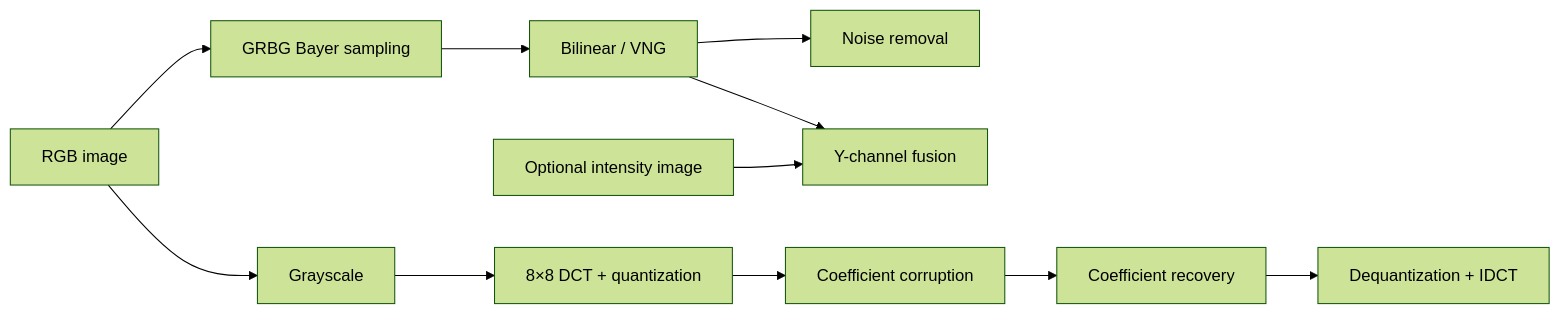
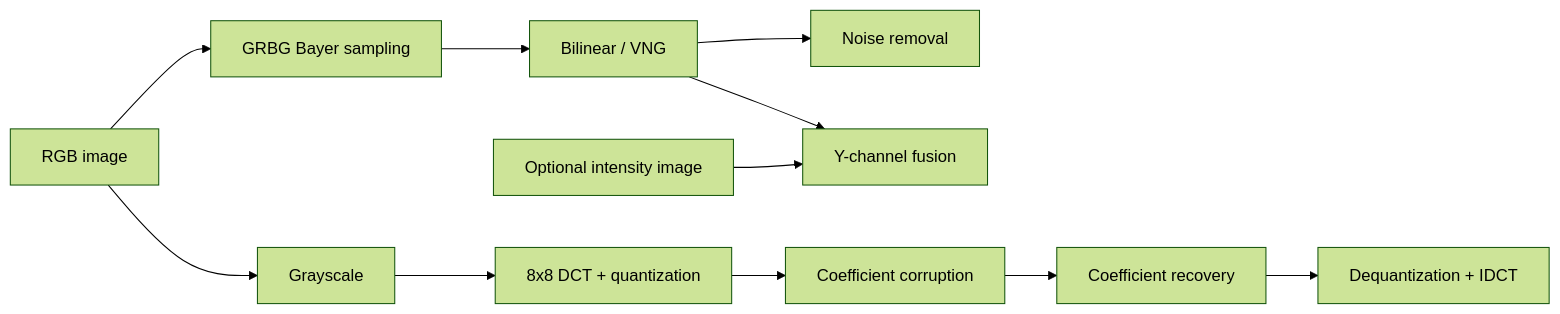
One commit to minseo0814/multimedia-image-processing changed the diagram in README.md. Above: the diagram before and after it, drawn with Mermaid (forest theme). The commit also changed other lines of this file and 1 other file, not shown here.

````diff
--- a/README.md
+++ b/README.md
@@ -68,13 +67,13 @@
 ```mermaid
 flowchart LR
     RGB[RGB image] --> BAYER[GRBG Bayer sampling]
     BAYER --> DEMOSAIC[Bilinear / VNG]
     DEMOSAIC --> DENOISE[Noise removal]
     INTENSITY[Optional intensity image] --> FUSION[Y-channel fusion]
     DEMOSAIC --> FUSION
     RGB --> GRAY[Grayscale]
-    GRAY --> DCT[8×8 DCT + quantization]
+    GRAY --> DCT[8x8 DCT + quantization]
     DCT --> CORRUPT[Coefficient corruption]
     CORRUPT --> RECOVER[Coefficient recovery]
     RECOVER --> IDCT[Dequantization + IDCT]
 ```
````
